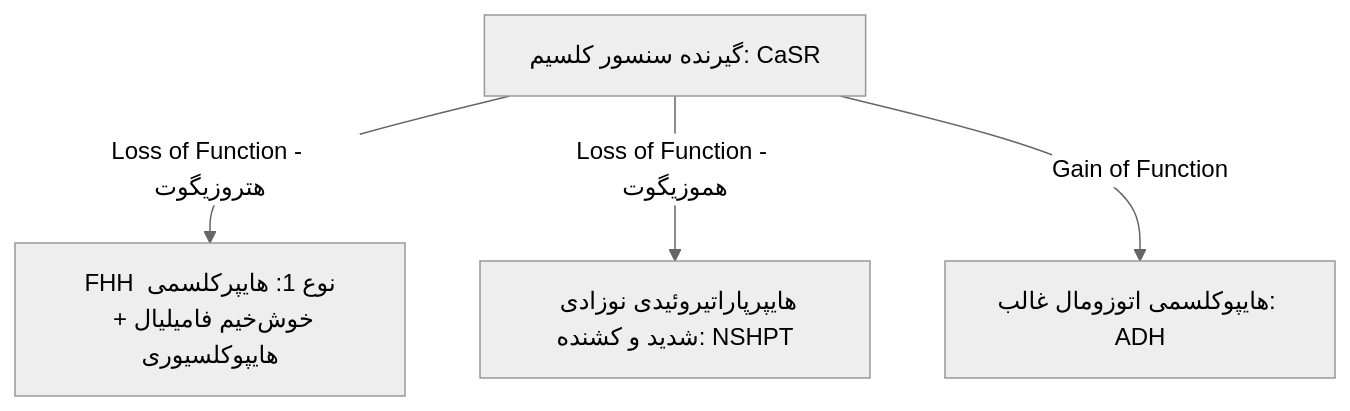
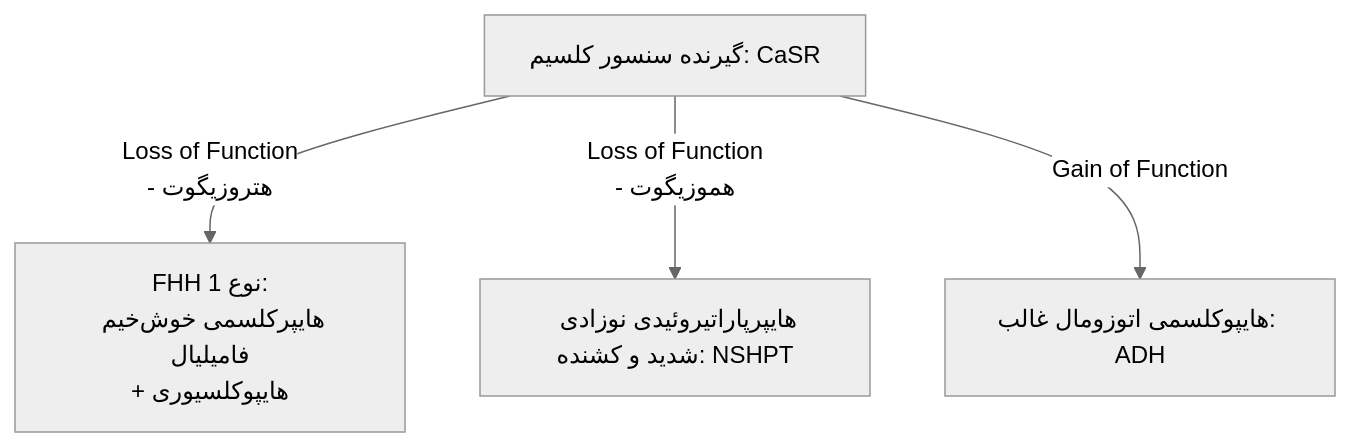
One commit to neopulse-hub/TUMS-1402-1-neo changed the second of 5 diagrams in 07/مبانی غدد/اختلالات کلسیم.md. Above: the diagram before and after it, drawn with Mermaid (neutral theme). The commit also changed other lines of this file, not shown here.

````diff
--- a/07/مبانی غدد/اختلالات کلسیم.md
+++ b/07/مبانی غدد/اختلالات کلسیم.md
@@ -49,7 +49,7 @@
 ```mermaid
 graph TD
     CaSR[گیرنده سنسور کلسیم: CaSR]
-    CaSR -->|Loss of Function - هتروزیگوت| FHH[FHH نوع 1: هایپرکلسمی خوش‌خیم فامیلیال + هایپوکلسیوری]
-    CaSR -->|Loss of Function - هموزیگوت| NSHPT[هایپرپاراتیروئیدی نوزادی شدید و کشنده: NSHPT]
+    CaSR -->|Loss of Function<br>- هتروزیگوت| FHH[FHH نوع 1:<br>هایپرکلسمی خوش‌خیم فامیلیال<br>+ هایپوکلسیوری]
+    CaSR -->|Loss of Function<br>- هموزیگوت| NSHPT[هایپرپاراتیروئیدی نوزادی شدید و کشنده: NSHPT]
     CaSR -->|Gain of Function| ADH[هایپوکلسمی اتوزومال غالب: ADH]
 ```
````
